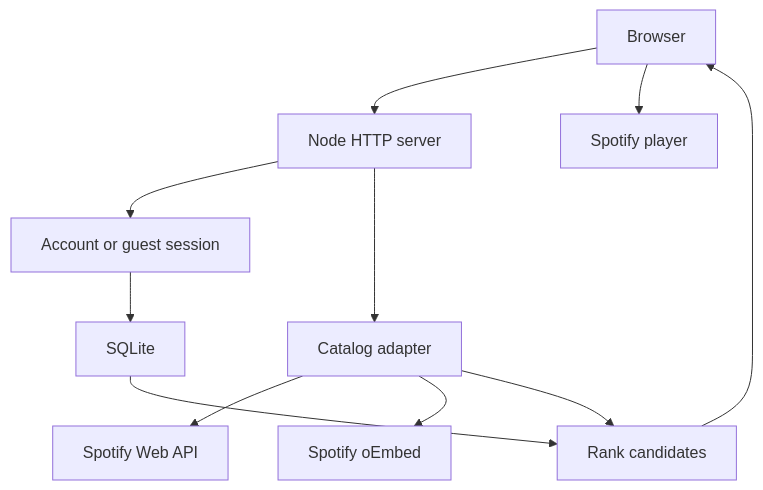
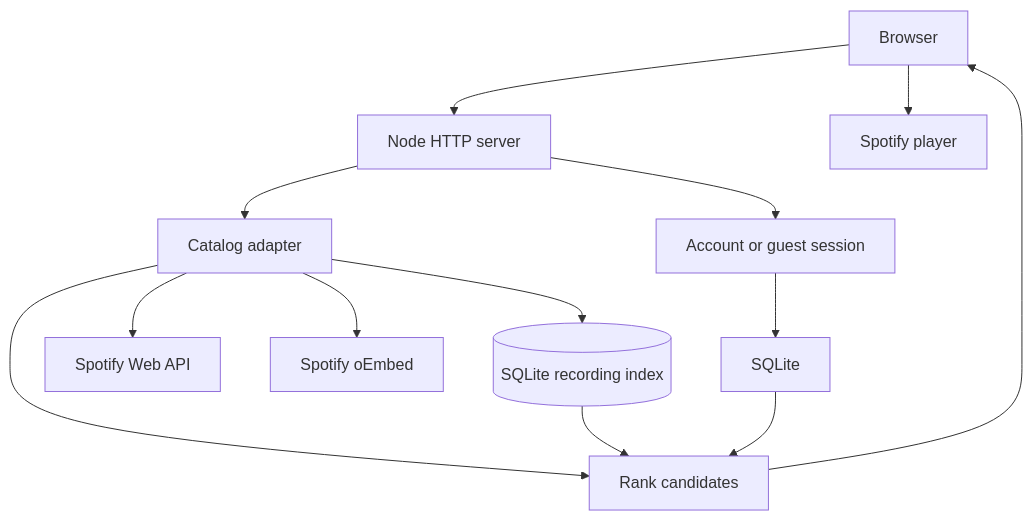
One commit to joshigagan822-png/spotify-personalized-ai-memory changed the diagram in README.md. Above: the diagram before and after it, drawn with Mermaid. The commit also changed other lines of this file, not shown here.

Commit message:
Document catalog coverage, playback, password recovery and reproducible setup

````diff
--- a/README.md
+++ b/README.md
@@ -30,13 +43,15 @@
 ```mermaid
 flowchart TD
  Browser[Browser] --> Server[Node HTTP server]
  Server --> Session[Account or guest session]
  Session --> DB[SQLite]
  Server --> Catalog[Catalog adapter]
  Catalog --> API[Spotify Web API]
  Catalog --> Embed[Spotify oEmbed]
+ Catalog --> Index[(SQLite recording index)]
  Catalog --> Rank[Rank candidates]
+ Index --> Rank
  DB --> Rank
  Rank --> Browser
  Browser --> Player[Spotify player]
 ```
````
